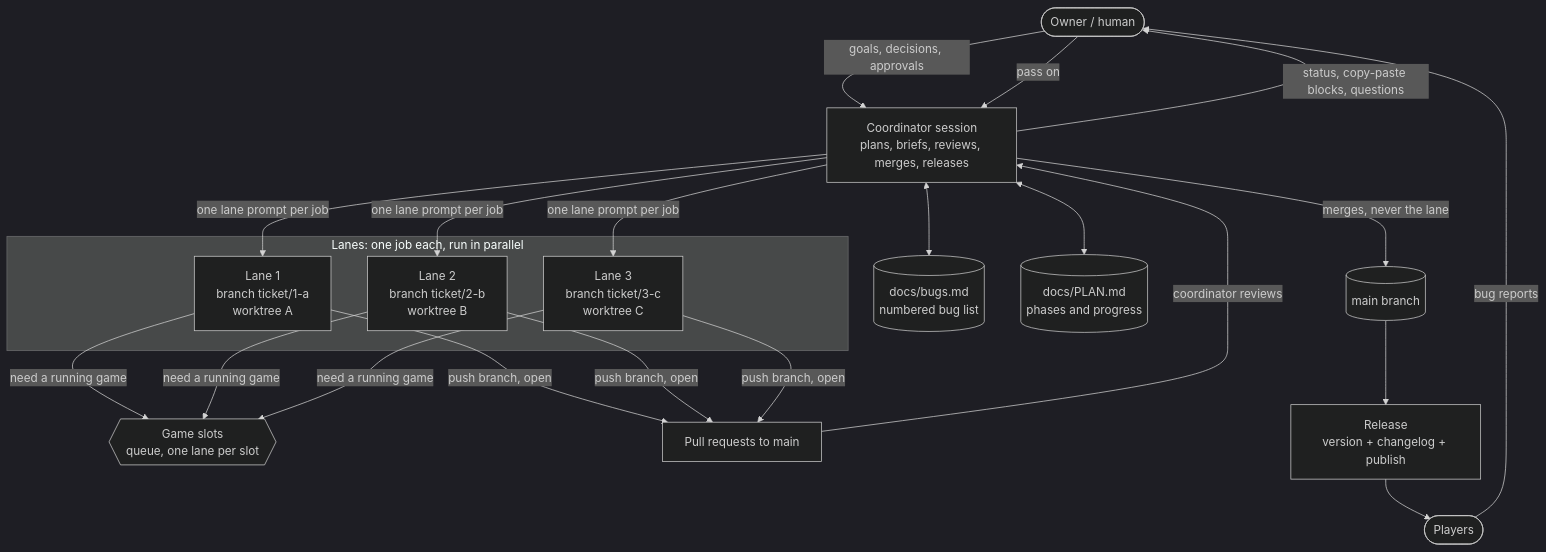
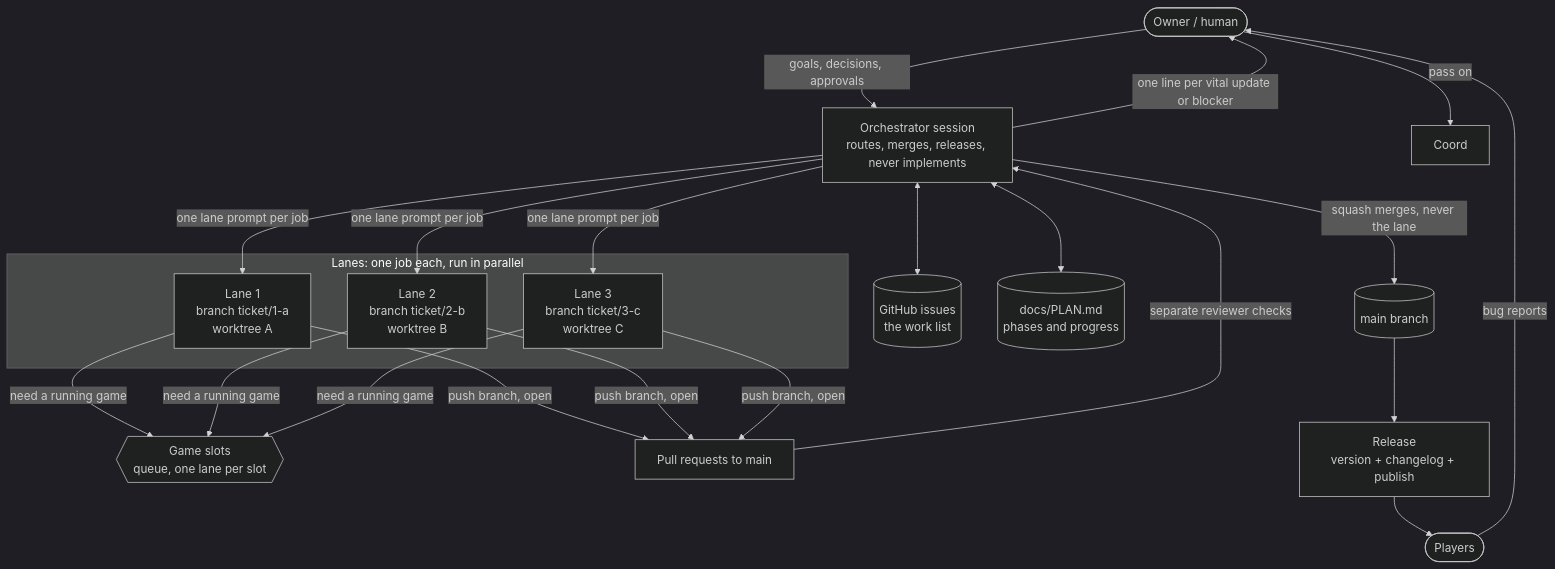
The diagram in docs/ai-workflow.md (synpoox/d2rAI-toolkit), drawn with Mermaid (dark theme) before and after one commit. The commit also changed other lines of this file and 18 other files, not shown here.

Commit message:
Orchestrator method: rename coordinator skill and prompt, add handoff template, drop bug list, fragments only (lane I)

````diff
--- a/docs/ai-workflow.md
+++ b/docs/ai-workflow.md
@@ -32,32 +32,32 @@
 ```mermaid
 flowchart TD
     Owner([Owner / human])
-    Coord[Coordinator session<br/>plans, briefs, reviews, merges, releases]
-    Bugs[(docs/bugs.md<br/>numbered bug list)]
+    Orch[Orchestrator session<br/>routes, merges, releases, never implements]
+    Issues[(GitHub issues<br/>the work list)]
     Plan[(docs/PLAN.md<br/>phases and progress)]
 
     subgraph Lanes [Lanes: one job each, run in parallel]
         L1[Lane 1<br/>branch ticket/1-a<br/>worktree A]
         L2[Lane 2<br/>branch ticket/2-b<br/>worktree B]
         L3[Lane 3<br/>branch ticket/3-c<br/>worktree C]
     end
 
     Slots{{Game slots<br/>queue, one lane per slot}}
     PR[Pull requests to main]
     Main[(main branch)]
     Rel[Release<br/>version + changelog + publish]
     Players([Players])
 
-    Owner -- goals, decisions, approvals --> Coord
-    Coord -- status, copy-paste blocks, questions --> Owner
-    Coord <--> Bugs
-    Coord <--> Plan
-    Coord -- one lane prompt per job --> L1 & L2 & L3
+    Owner -- goals, decisions, approvals --> Orch
+    Orch -- one line per vital update or blocker --> Owner
+    Orch <--> Issues
+    Orch <--> Plan
+    Orch -- one lane prompt per job --> L1 & L2 & L3
     L1 & L2 & L3 -- need a running game --> Slots
     L1 & L2 & L3 -- push branch, open --> PR
-    PR -- coordinator reviews --> Coord
-    Coord -- merges, never the lane --> Main
+    PR -- separate reviewer checks --> Orch
+    Orch -- squash merges, never the lane --> Main
     Main --> Rel --> Players
     Players -- bug reports --> Owner
     Owner -- pass on --> Coord
 ```
````
